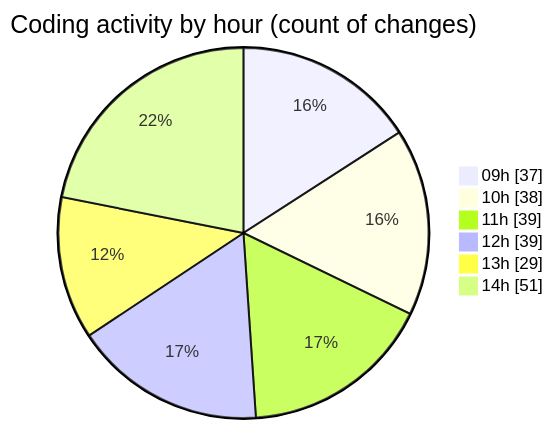
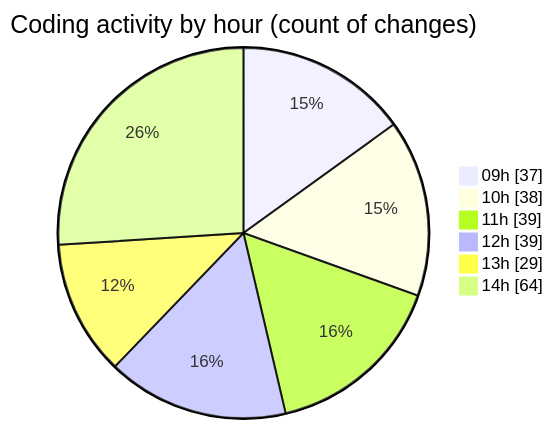
Before and after one commit to momahboobian/code-tracking: the second of 2 diagrams in 2025-02-12/cda/README.md, drawn with Mermaid. The commit also changed other lines of this file and 1 other file, not shown here.

````diff
--- a/2025-02-12/cda/README.md
+++ b/2025-02-12/cda/README.md
@@ -38,10 +39,10 @@
 ```mermaid
 pie showData
 title Coding activity by hour (count of changes)
 "09h" : 37
 "10h" : 38
 "11h" : 39
 "12h" : 39
 "13h" : 29
-"14h" : 51
+"14h" : 64
 ```
````
